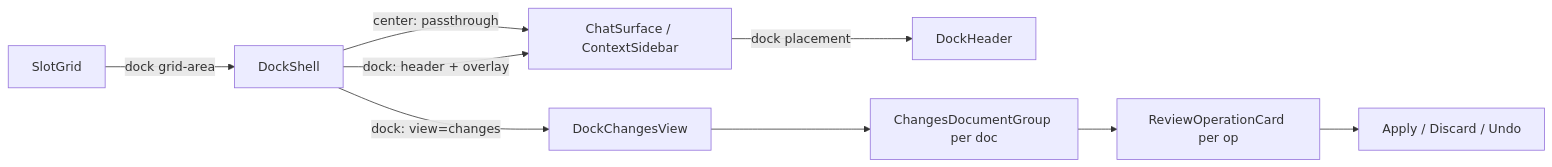
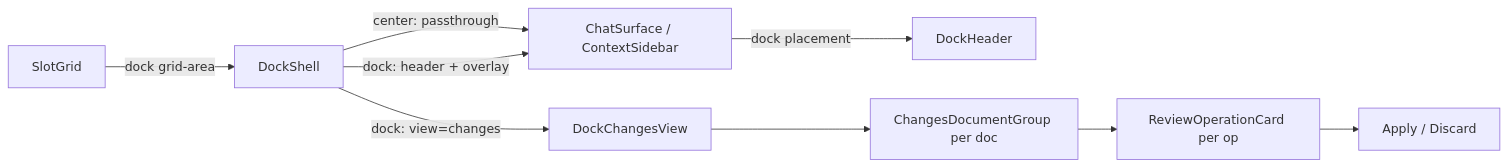
The diagram in apps/app/src/features/project/dock/.context/CONTEXT.md (haowjy/meridian), drawn with Mermaid before and after one commit. The commit also changed other lines of this file and 11 other files, not shown here.

````diff
--- a/apps/app/src/features/project/dock/.context/CONTEXT.md
+++ b/apps/app/src/features/project/dock/.context/CONTEXT.md
@@ -105,11 +102,11 @@
 ```mermaid
 flowchart LR
     Grid[SlotGrid] -->|dock grid-area| DockShell
     DockShell -->|center: passthrough| Occupant[ChatSurface / ContextSidebar]
     DockShell -->|dock: header + overlay| Occupant
     DockShell -->|dock: view=changes| Changes[DockChangesView]
     Occupant -->|dock placement| DockHeader
     Changes --> DocGroup[ChangesDocumentGroup per doc]
     DocGroup --> Card[ReviewOperationCard per op]
-    Card --> Verbs[Apply / Discard / Undo]
+    Card --> Verbs[Apply / Discard]
 ```
````
